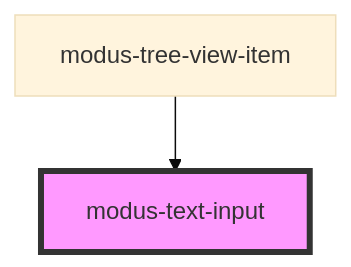
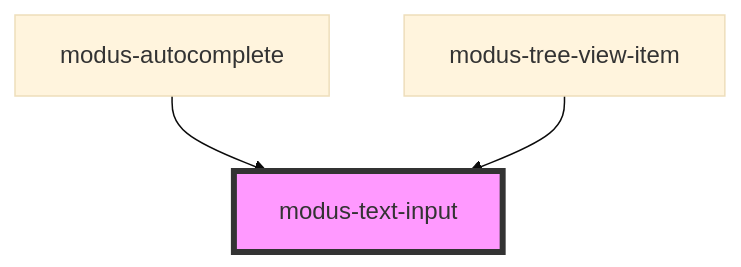
Before and after one commit to trimble-oss/modus-web-components: the diagram in stencil-workspace/src/components/modus-text-input/readme.md, drawn with Mermaid (base theme). The commit also changed other lines of this file and 17 other files, not shown here.

````diff
--- a/stencil-workspace/src/components/modus-text-input/readme.md
+++ b/stencil-workspace/src/components/modus-text-input/readme.md
@@ -60,5 +61,6 @@
 ```mermaid
 graph TD;
+  modus-autocomplete --> modus-text-input
   modus-tree-view-item --> modus-text-input
   style modus-text-input fill:#f9f,stroke:#333,stroke-width:4px
 ```
````
